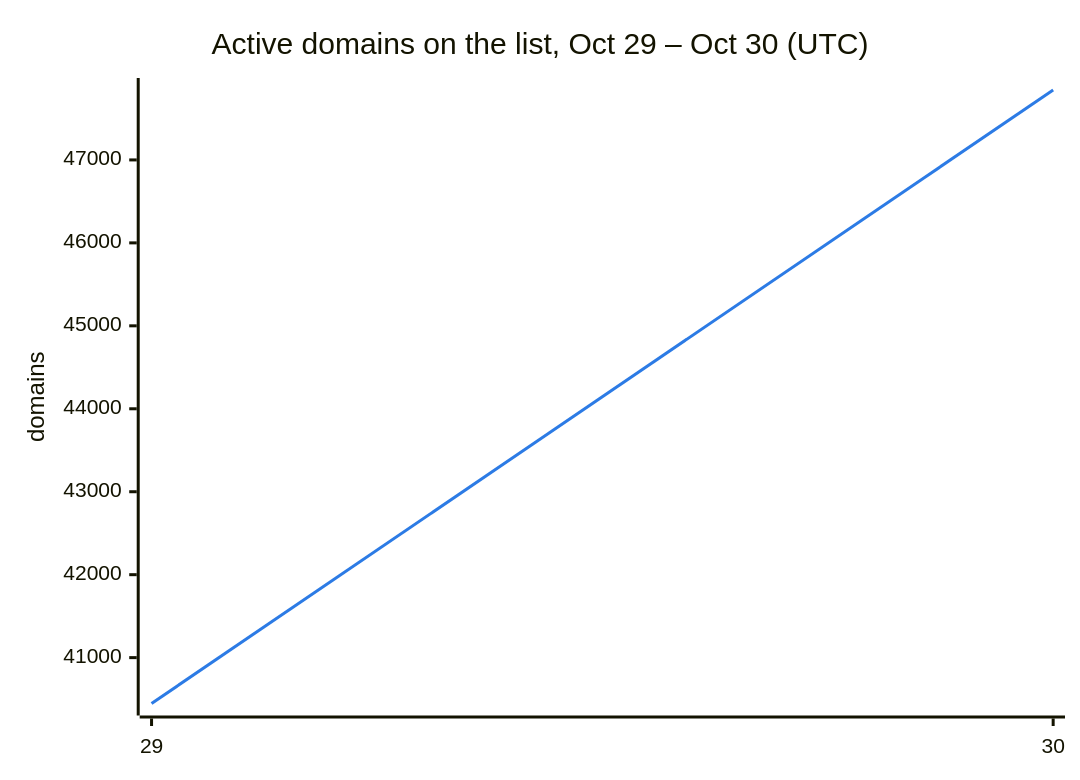
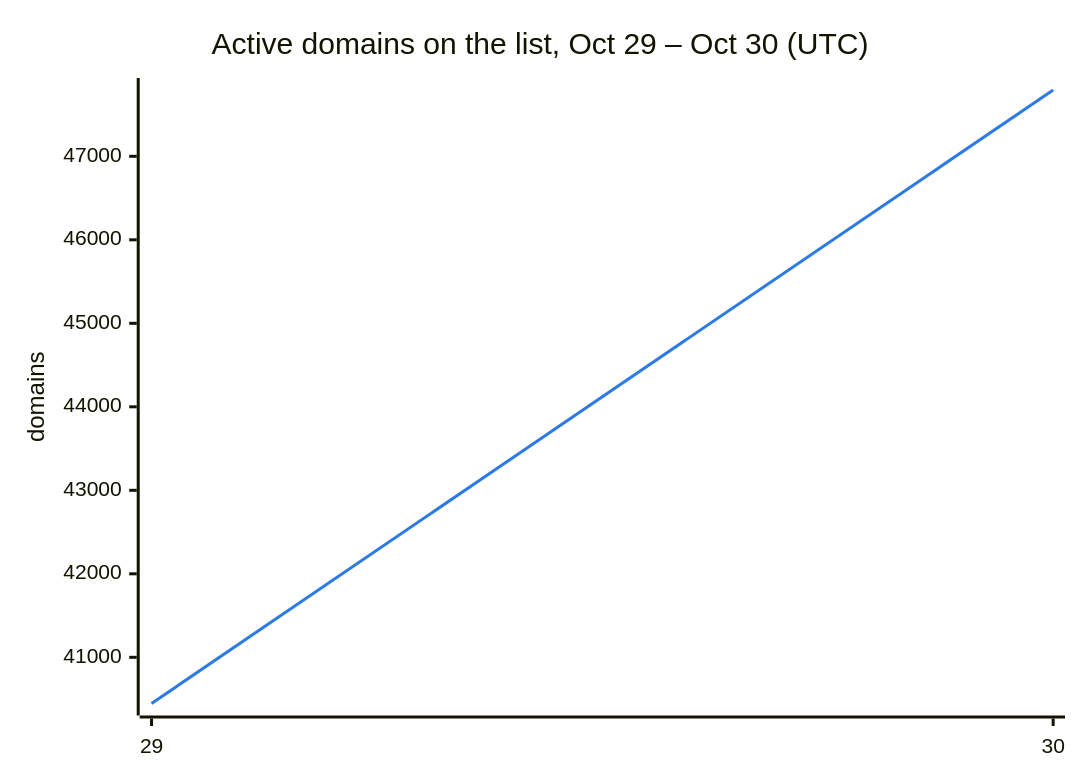
One commit to DNSBunker/CTI changed the second of 3 diagrams in README.md. Above: the diagram before and after it, drawn with Mermaid. The commit also changed other lines of this file and 3 other files, not shown here.

````diff
--- a/README.md
+++ b/README.md
@@ -38,8 +38,8 @@
 ```mermaid
 %%{init: {"themeVariables": {"xyChart": {"plotColorPalette": "#2c7be5"}}}}%%
 xychart-beta
     title "Active domains on the list, Oct 29 – Oct 30 (UTC)"
     x-axis ["29", "30"]
     y-axis "domains"
-    line [40447, 47843]
+    line [40447, 47794]
 ```
````
